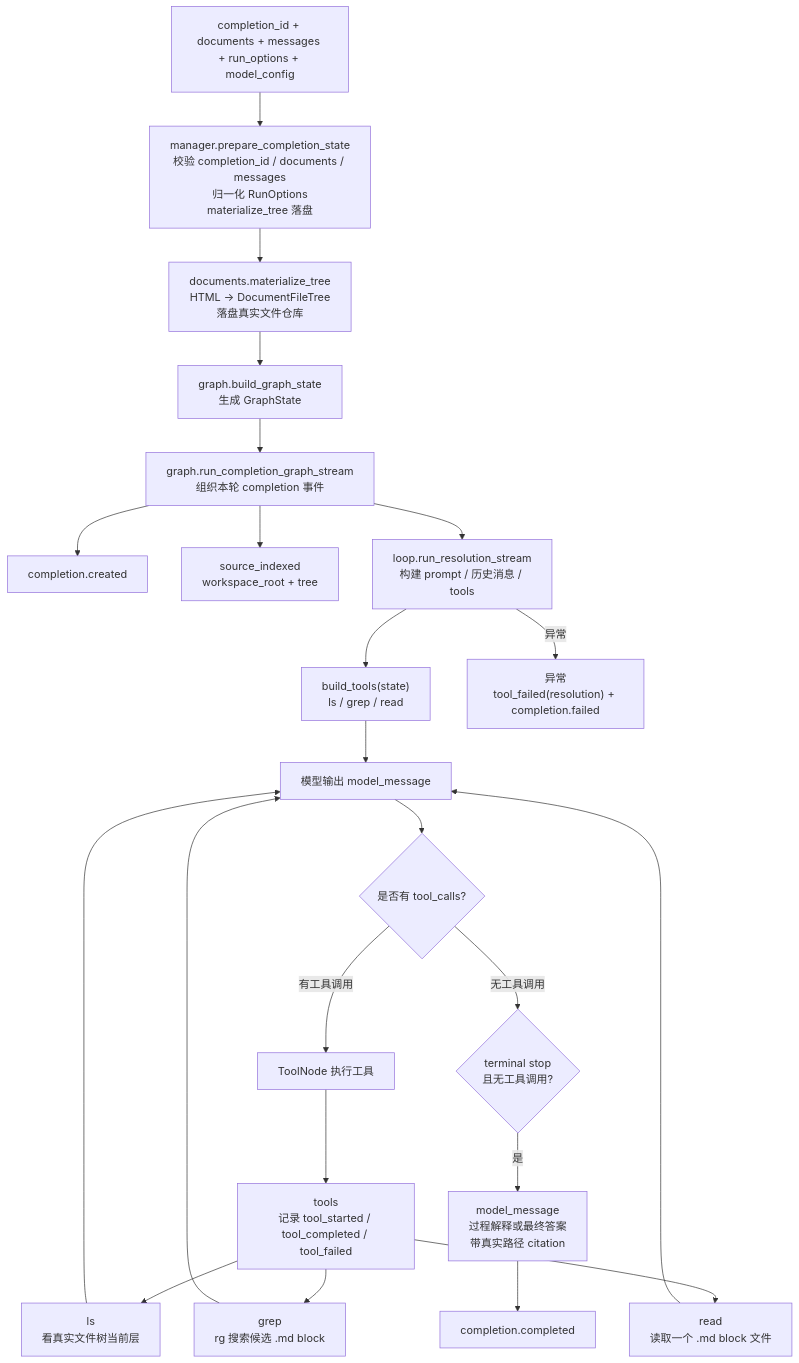
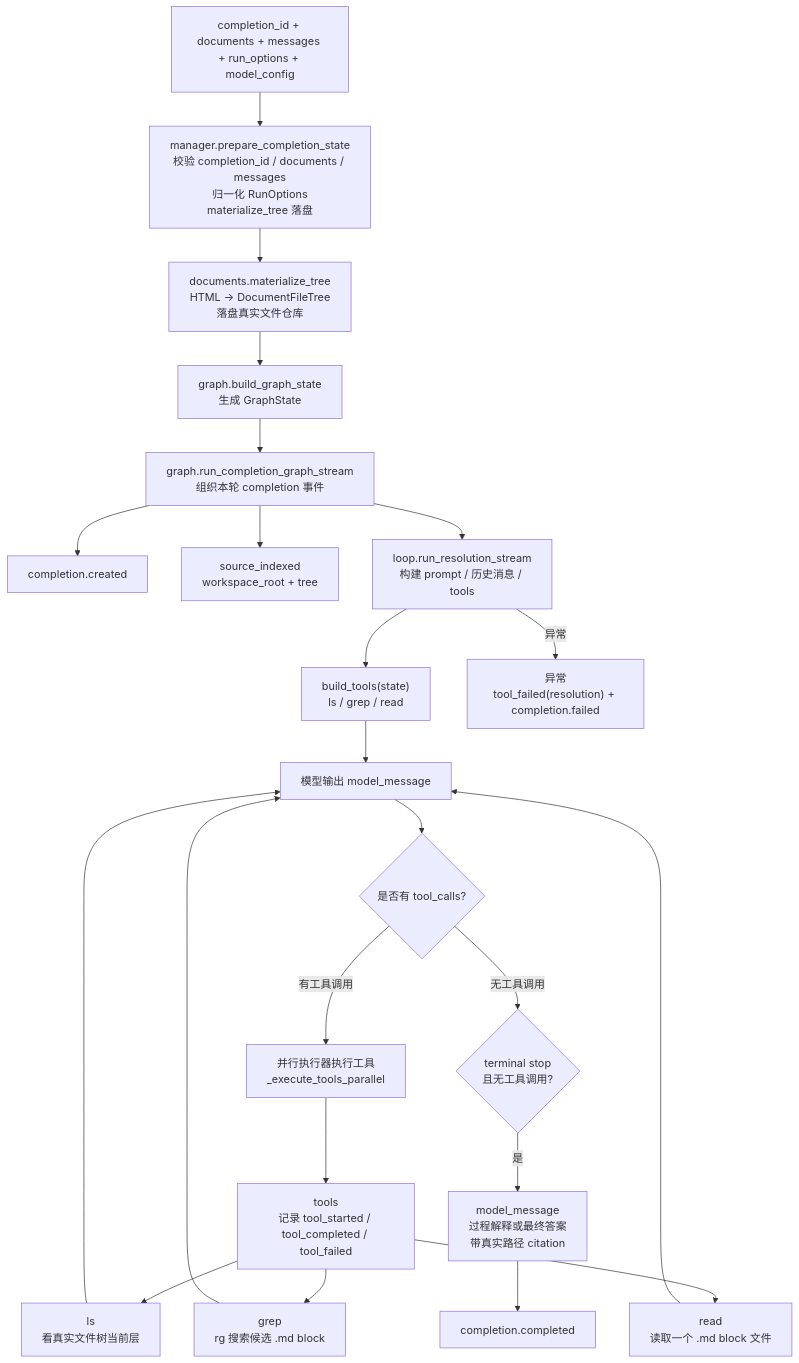
One commit to ADChahaha/TraceAgent changed the diagram in agent/service/file_extraction_agent/docs/DESIGN.md. Above: the diagram before and after it, drawn with Mermaid. The commit also changed other lines of this file and 13 other files, not shown here.

````diff
--- a/agent/service/file_extraction_agent/docs/DESIGN.md
+++ b/agent/service/file_extraction_agent/docs/DESIGN.md
@@ -80,38 +100,38 @@
 ```mermaid
 flowchart TD
     A["completion_id + documents + messages + run_options + model_config"]
     B["manager.prepare_completion_state<br/>校验 completion_id / documents / messages<br/>归一化 RunOptions<br/>materialize_tree 落盘"]
     C["documents.materialize_tree<br/>HTML -> DocumentFileTree<br/>落盘真实文件仓库"]
     D["graph.build_graph_state<br/>生成 GraphState"]
     E["graph.run_completion_graph_stream<br/>组织本轮 completion 事件"]
     F["completion.created"]
     G["source_indexed<br/>workspace_root + tree"]
     H["loop.run_resolution_stream<br/>构建 prompt / 历史消息 / tools"]
     I["build_tools(state)<br/>ls / grep / read"]
     J["模型输出 model_message"]
     K{"是否有 tool_calls?"}
-    L["ToolNode 执行工具"]
+    L["并行执行器执行工具<br/>_execute_tools_parallel"]
     M["tools<br/>记录 tool_started / tool_completed / tool_failed"]
     N["ls<br/>看真实文件树当前层"]
     O["grep<br/>rg 搜索候选 .md block"]
     P["read<br/>读取一个 .md block 文件"]
     R["model_message<br/>过程解释或最终答案<br/>带真实路径 citation"]
     S{"terminal stop<br/>且无工具调用?"}
     T["completion.completed"]
     U["异常<br/>tool_failed(resolution) + completion.failed"]
 
     A --> B --> C --> D --> E
     E --> F
     E --> G
     E --> H --> I --> J --> K
     K -- "有工具调用" --> L --> M
     M --> N
     M --> O
     M --> P
     N --> J
     O --> J
     P --> J
     K -- "无工具调用" --> S
     S -- "是" --> R --> T
     H -- "异常" --> U
 ```
````
